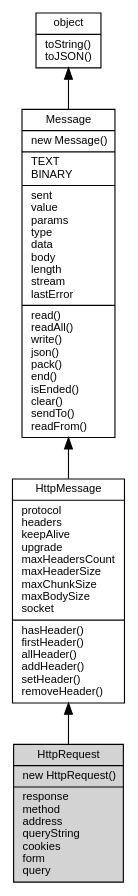
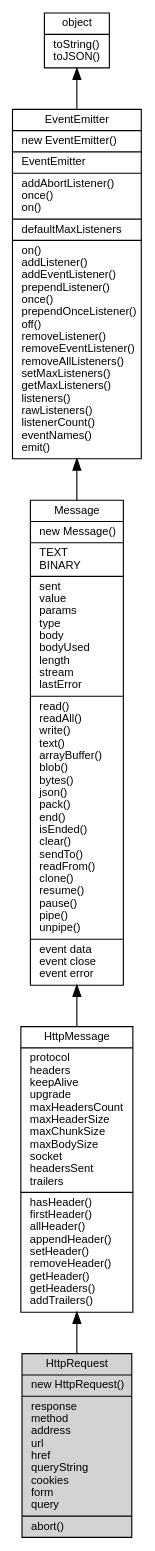
The diagram in docs/manual/object/ifs/HttpRequest.md (fibjs/fibjs.org), drawn with Graphviz before and after one commit. The commit also changed other lines of this file and 148 other files, not shown here.

First line of the commit message:
feat: add ZlibCodec documentation and update object graph

````diff
--- a/docs/manual/object/ifs/HttpRequest.md
+++ b/docs/manual/object/ifs/HttpRequest.md
@@ -26,14 +26,16 @@
 ```dot
 digraph {
     node [fontname="Helvetica,sans-Serif", fontsize=10, shape="record", style="filled", fillcolor="white"];
 
     object [tooltip="object", URL="object.md", label="{object|toString()\ltoJSON()\l}"];
-    Message [tooltip="Message", URL="Message.md", label="{Message|new Message()\l|TEXT\lBINARY\l|sent\lvalue\lparams\ltype\ldata\lbody\llength\lstream\llastError\l|read()\lreadAll()\lwrite()\ljson()\lpack()\lend()\lisEnded()\lclear()\lsendTo()\lreadFrom()\l}"];
-    HttpMessage [tooltip="HttpMessage", URL="HttpMessage.md", label="{HttpMessage|protocol\lheaders\lkeepAlive\lupgrade\lmaxHeadersCount\lmaxHeaderSize\lmaxChunkSize\lmaxBodySize\lsocket\l|hasHeader()\lfirstHeader()\lallHeader()\laddHeader()\lsetHeader()\lremoveHeader()\l}"];
-    HttpRequest [tooltip="HttpRequest", fillcolor="lightgray", id="me", label="{HttpRequest|new HttpRequest()\l|response\lmethod\laddress\lqueryString\lcookies\lform\lquery\l}"];
+    EventEmitter [tooltip="EventEmitter", URL="EventEmitter.md", label="{EventEmitter|new EventEmitter()\l|EventEmitter\l|addAbortListener()\lonce()\lon()\l|defaultMaxListeners\l|on()\laddListener()\laddEventListener()\lprependListener()\lonce()\lprependOnceListener()\loff()\lremoveListener()\lremoveEventListener()\lremoveAllListeners()\lsetMaxListeners()\lgetMaxListeners()\llisteners()\lrawListeners()\llistenerCount()\leventNames()\lemit()\l}"];
+    Message [tooltip="Message", URL="Message.md", label="{Message|new Message()\l|TEXT\lBINARY\l|sent\lvalue\lparams\ltype\lbody\lbodyUsed\llength\lstream\llastError\l|read()\lreadAll()\lwrite()\ltext()\larrayBuffer()\lblob()\lbytes()\ljson()\lpack()\lend()\lisEnded()\lclear()\lsendTo()\lreadFrom()\lclone()\lresume()\lpause()\lpipe()\lunpipe()\l|event data\levent close\levent error\l}"];
+    HttpMessage [tooltip="HttpMessage", URL="HttpMessage.md", label="{HttpMessage|protocol\lheaders\lkeepAlive\lupgrade\lmaxHeadersCount\lmaxHeaderSize\lmaxChunkSize\lmaxBodySize\lsocket\lheadersSent\ltrailers\l|hasHeader()\lfirstHeader()\lallHeader()\lappendHeader()\lsetHeader()\lremoveHeader()\lgetHeader()\lgetHeaders()\laddTrailers()\l}"];
+    HttpRequest [tooltip="HttpRequest", fillcolor="lightgray", id="me", label="{HttpRequest|new HttpRequest()\l|response\lmethod\laddress\lurl\lhref\lqueryString\lcookies\lform\lquery\l|abort()\l}"];
 
-    object -> Message [dir=back];
+    object -> EventEmitter [dir=back];
+    EventEmitter -> Message [dir=back];
     Message -> HttpMessage [dir=back];
     HttpMessage -> HttpRequest [dir=back];
 }
 ```
````
